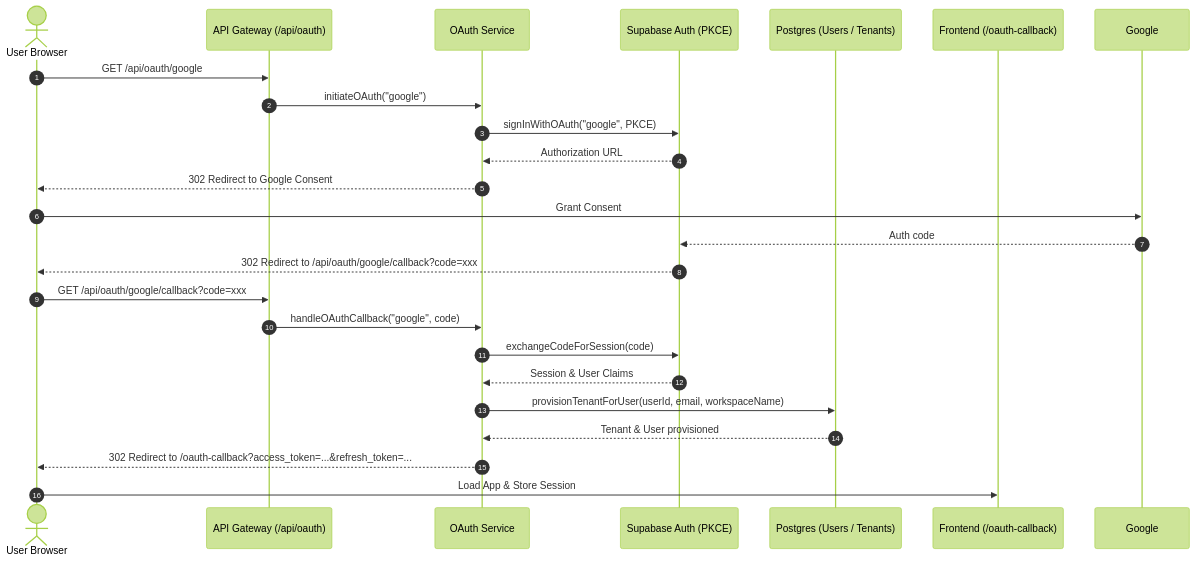
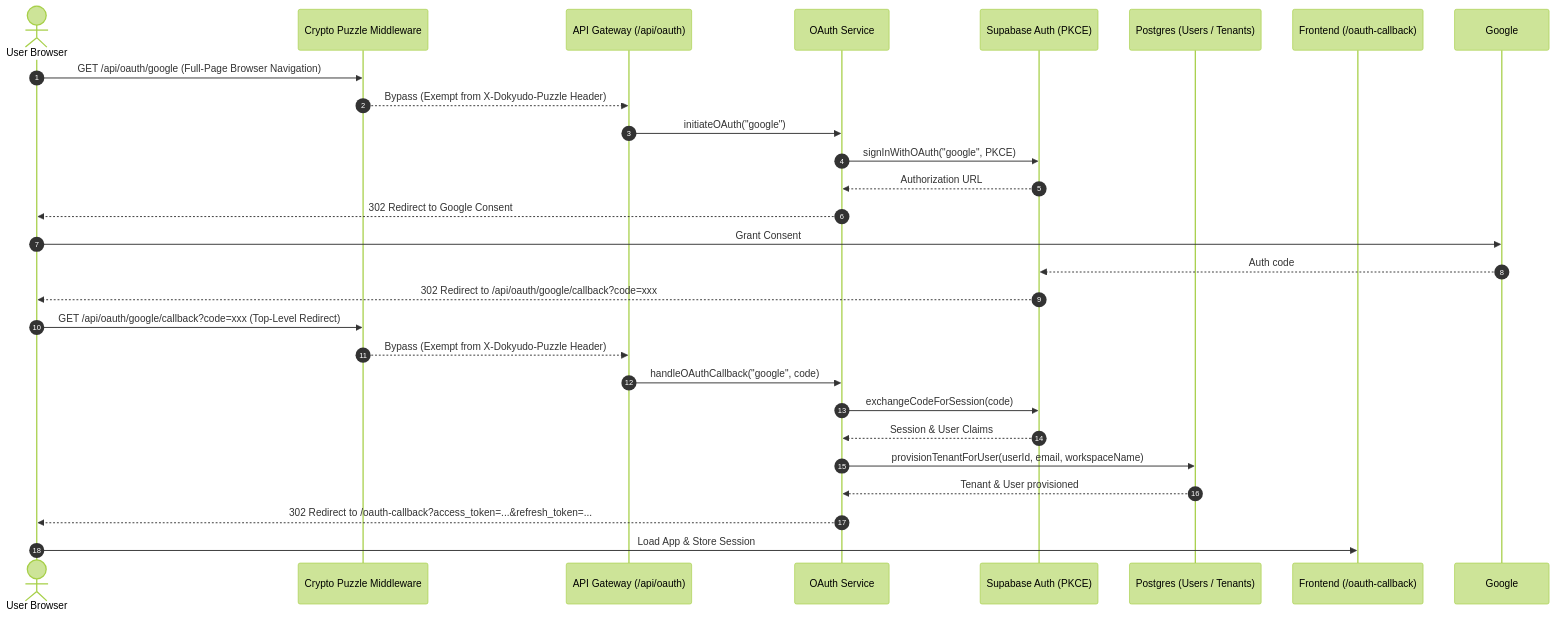
Before and after one commit to kanzhamada/Dokyudo: the diagram in docs/backend/auth-oauth.md, drawn with Mermaid (forest theme). The commit also changed other lines of this file and 9 other files, not shown here.

Commit message:
Exempt OAuth and auth routes from Proof-of-Work puzzle header

````diff
--- a/docs/backend/auth-oauth.md
+++ b/docs/backend/auth-oauth.md
@@ -30,30 +30,33 @@
 ```mermaid
 sequenceDiagram
     autonumber
     actor Browser as User Browser
+    participant Puzzle as Crypto Puzzle Middleware
     participant Router as API Gateway (/api/oauth)
     participant OAuthService as OAuth Service
     participant Supabase as Supabase Auth (PKCE)
     participant DB as Postgres (Users / Tenants)
     participant Frontend as Frontend (/oauth-callback)
 
-    Browser->>Router: GET /api/oauth/google
+    Browser->>Puzzle: GET /api/oauth/google (Full-Page Browser Navigation)
+    Puzzle-->>Router: Bypass (Exempt from X-Dokyudo-Puzzle Header)
     Router->>OAuthService: initiateOAuth("google")
     OAuthService->>Supabase: signInWithOAuth("google", PKCE)
     Supabase-->>OAuthService: Authorization URL
     OAuthService-->>Browser: 302 Redirect to Google Consent
 
     Browser->>Google: Grant Consent
     Google-->>Supabase: Auth code
     Supabase-->>Browser: 302 Redirect to /api/oauth/google/callback?code=xxx
 
-    Browser->>Router: GET /api/oauth/google/callback?code=xxx
+    Browser->>Puzzle: GET /api/oauth/google/callback?code=xxx (Top-Level Redirect)
+    Puzzle-->>Router: Bypass (Exempt from X-Dokyudo-Puzzle Header)
     Router->>OAuthService: handleOAuthCallback("google", code)
     OAuthService->>Supabase: exchangeCodeForSession(code)
     Supabase-->>OAuthService: Session & User Claims
 
     OAuthService->>DB: provisionTenantForUser(userId, email, workspaceName)
     DB-->>OAuthService: Tenant & User provisioned
     OAuthService-->>Browser: 302 Redirect to /oauth-callback?access_token=...&refresh_token=...
     Browser->>Frontend: Load App & Store Session
 ```
````
